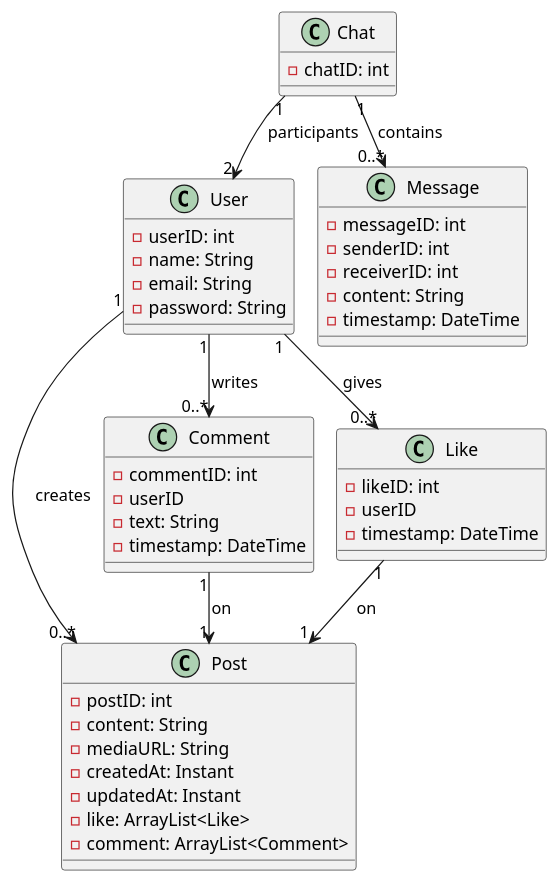
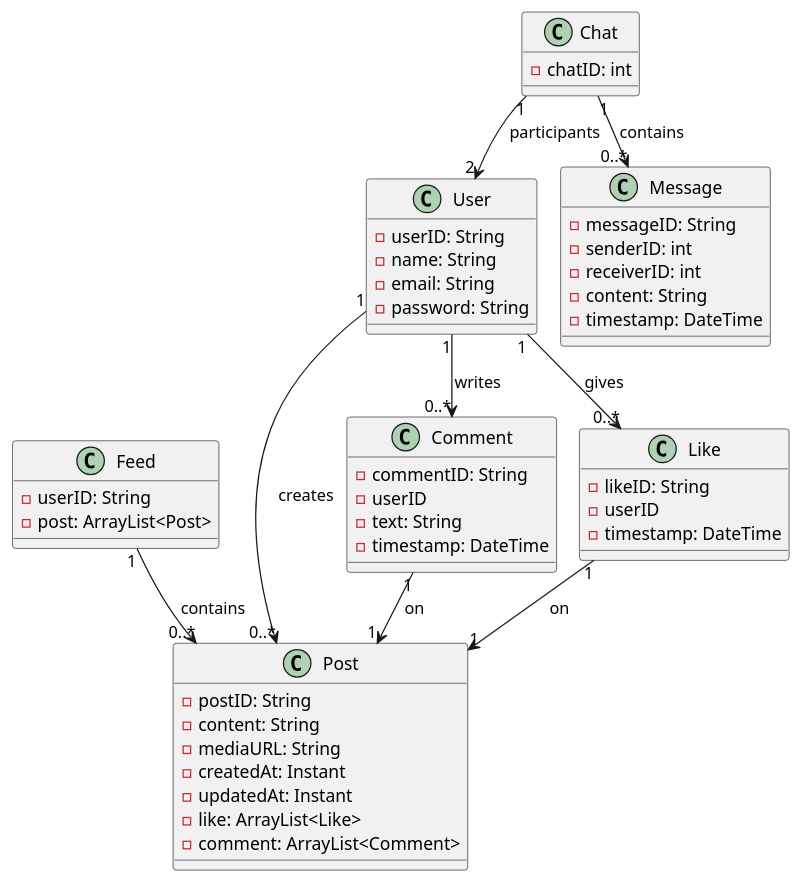
One commit to implaymo/Social-Media-Platform changed the diagram in Diagrams/ClassDiagram.puml. Above: the diagram before and after it, drawn with PlantUML.

Commit message:
Update ClassDiagram.puml. Created Feed class which connects with Post.

```diff
--- a/Diagrams/ClassDiagram.puml
+++ b/Diagrams/ClassDiagram.puml
@@ -1,71 +1,78 @@
 @startuml
 !pragma layout smetana
 
 ' ======================
 ' Domain Entities
 ' ======================
 
 class User {
-  - userID: int
+  - userID: String
   - name: String
   - email: String
   - password: String
 }
 
 class Post {
-  - postID: int
+  - postID: String
   - content: String
   - mediaURL: String
   - createdAt: Instant
   - updatedAt: Instant
   - like: ArrayList<Like>
   - comment: ArrayList<Comment>
 }
 
 class Comment {
-  - commentID: int
+  - commentID: String
   - userID
   - text: String
   - timestamp: DateTime
 }
 
 class Like {
-  - likeID: int
+  - likeID: String
   - userID
   - timestamp: DateTime
 }
 
 class Chat {
   - chatID: int
 }
 
 class Message {
-  - messageID: int
+  - messageID: String
   - senderID: int
   - receiverID: int
   - content: String
   - timestamp: DateTime
+}
+
+class Feed {
+    - userID: String
+    - post: ArrayList<Post>
 }
 
 ' ======================
 ' Relationships Between Entities
 ' ======================
 
 ' A User creates many Posts; each Post belongs to one User.
 User "1" --> "0..*" Post : creates
 
 ' A User writes many Comments; each Comment is written by one User and on one Post.
 User "1" --> "0..*" Comment : writes
 Comment "1" --> "1" Post : on
 
 ' A User gives many Likes; each Like is by one User on one Post.
 User "1" --> "0..*" Like : gives
 Like "1" --> "1" Post : on
 
 ' A Chat involves two Users (simplified for now as a direct association).
 Chat "1" --> "2" User : participants
 
 ' A Chat contains many Messages; each Message belongs to one Chat.
 Chat "1" --> "0..*" Message : contains
 
+Feed "1" --> "0..*" Post: contains
+
 @enduml
```
